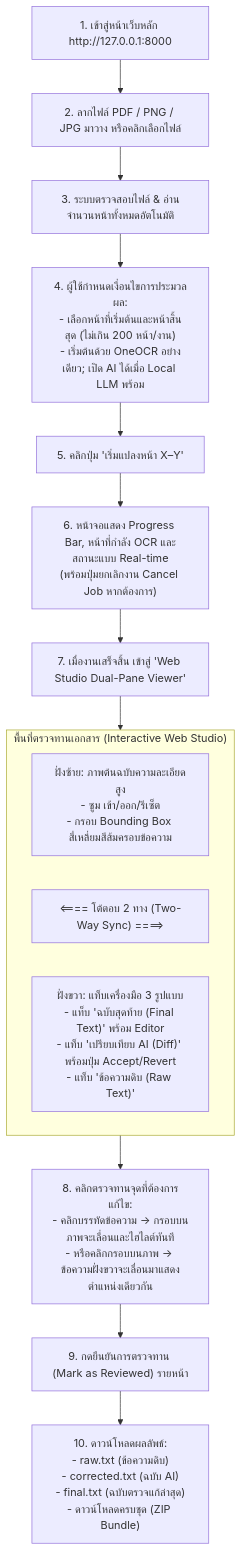
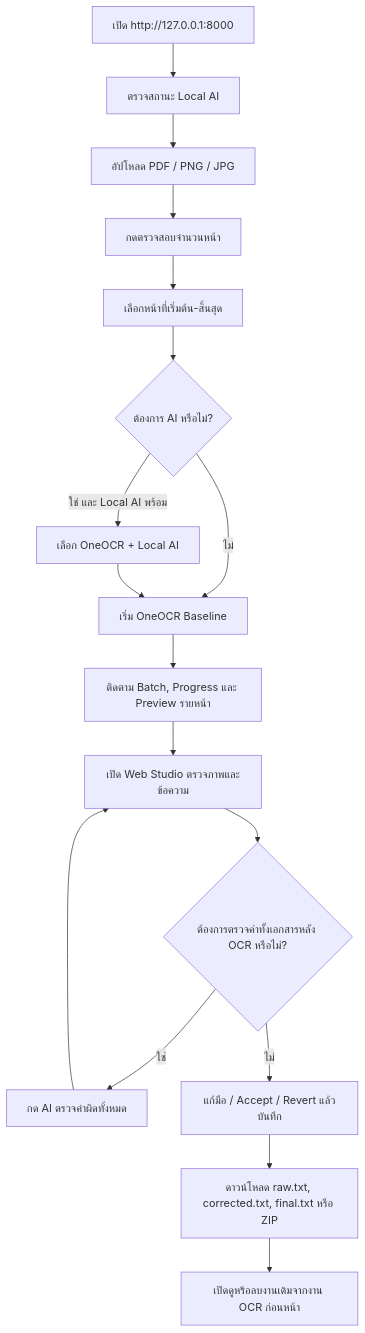
The fifth of 5 diagrams in readme.md (anuwatm/pdf-ocr-studio), drawn with Mermaid before and after one commit. The commit also changed other lines of this file and 14 other files, not shown here.

First line of the commit message:
feat: add job history management, large PDF batching, and Thai vowel normalization

````diff
--- a/readme.md
+++ b/readme.md
@@ -282,25 +237,19 @@
 ```mermaid
 flowchart TD
-    Step1["1. เข้าสู่หน้าเว็บหลัก http://127.0.0.1:8000"] --> Step2["2. ลากไฟล์ PDF / PNG / JPG มาวาง หรือคลิกเลือกไฟล์"]
-    Step2 --> Step3["3. ระบบตรวจสอบไฟล์ & อ่านจำนวนหน้าทั้งหมดอัตโนมัติ"]
-    
-    Step3 --> Step4["4. ผู้ใช้กำหนดเงื่อนไขการประมวลผล:<br/>- เลือกหน้าที่เริ่มต้นและหน้าสิ้นสุด (ไม่เกิน 200 หน้า/งาน)<br/>- เริ่มต้นด้วย OneOCR อย่างเดียว; เปิด AI ได้เมื่อ Local LLM พร้อม"]
-    
-    Step4 --> Step5["5. คลิกปุ่ม 'เริ่มแปลงหน้า X–Y'"]
-    Step5 --> Step6["6. หน้าจอแสดง Progress Bar, หน้าที่กำลัง OCR และสถานะแบบ Real-time<br/>(พร้อมปุ่มยกเลิกงาน Cancel Job หากต้องการ)"]
-    
-    Step6 --> Step7["7. เมื่องานเสร็จสิ้น เข้าสู่ 'Web Studio Dual-Pane Viewer'"]
-    
-    subgraph ReviewStudio ["พื้นที่ตรวจทานเอกสาร (Interactive Web Studio)"]
-        direction LR
-        LeftPane["ฝั่งซ้าย: ภาพต้นฉบับความละเอียดสูง<br/>- ซูม เข้า/ออก/รีเซ็ต<br/>- กรอบ Bounding Box สี่เหลี่ยมสีส้มครอบข้อความ"]
-        SyncArrows["<==== โต้ตอบ 2 ทาง (Two-Way Sync) ====>"]
-        RightPane["ฝั่งขวา: แท็บเครื่องมือ 3 รูปแบบ<br/>- แท็บ 'ฉบับสุดท้าย (Final Text)' พร้อม Editor<br/>- แท็บ 'เปรียบเทียบ AI (Diff)' พร้อมปุ่ม Accept/Revert<br/>- แท็บ 'ข้อความดิบ (Raw Text)'"]
-    end
-    
-    Step7 --> ReviewStudio
-    ReviewStudio --> Step8["8. คลิกตรวจทานจุดที่ต้องการแก้ไข:<br/>- คลิกบรรทัดข้อความ -> กรอบบนภาพจะเลื่อนและไฮไลต์ทันที<br/>- หรือคลิกกรอบบนภาพ -> ข้อความฝั่งขวาจะเลื่อนมาแสดงตำแหน่งเดียวกัน"]
-    
-    Step8 --> Step9["9. กดยืนยันการตรวจทาน (Mark as Reviewed) รายหน้า"]
-    Step9 --> Step10["10. ดาวน์โหลดผลลัพธ์:<br/>- raw.txt (ข้อความดิบ)<br/>- corrected.txt (ฉบับ AI)<br/>- final.txt (ฉบับตรวจแก้ล่าสุด)<br/>- ดาวน์โหลดครบชุด (ZIP Bundle)"]
+    A["เปิด http://127.0.0.1:8000"] --> B["ตรวจสถานะ Local AI"]
+    B --> C["อัปโหลด PDF / PNG / JPG"]
+    C --> D["กดตรวจสอบจำนวนหน้า"]
+    D --> E["เลือกหน้าที่เริ่มต้น-สิ้นสุด"]
+    E --> F{"ต้องการ AI หรือไม่?"}
+    F -->|ไม่| G["เริ่ม OneOCR Baseline"]
+    F -->|ใช่ และ Local AI พร้อม| H["เลือก OneOCR + Local AI"]
+    H --> G
+    G --> I["ติดตาม Batch, Progress และ Preview รายหน้า"]
+    I --> J["เปิด Web Studio ตรวจภาพและข้อความ"]
+    J --> K{"ต้องการตรวจคำทั้งเอกสารหลัง OCR หรือไม่?"}
+    K -->|ใช่| L["กด AI ตรวจคำผิดทั้งหมด"]
+    L --> J
+    K -->|ไม่| M["แก้มือ / Accept / Revert แล้วบันทึก"]
+    M --> N["ดาวน์โหลด raw.txt, corrected.txt, final.txt หรือ ZIP"]
+    N --> O["เปิดดูหรือลบงานเดิมจากงาน OCR ก่อนหน้า"]
 ```
````
